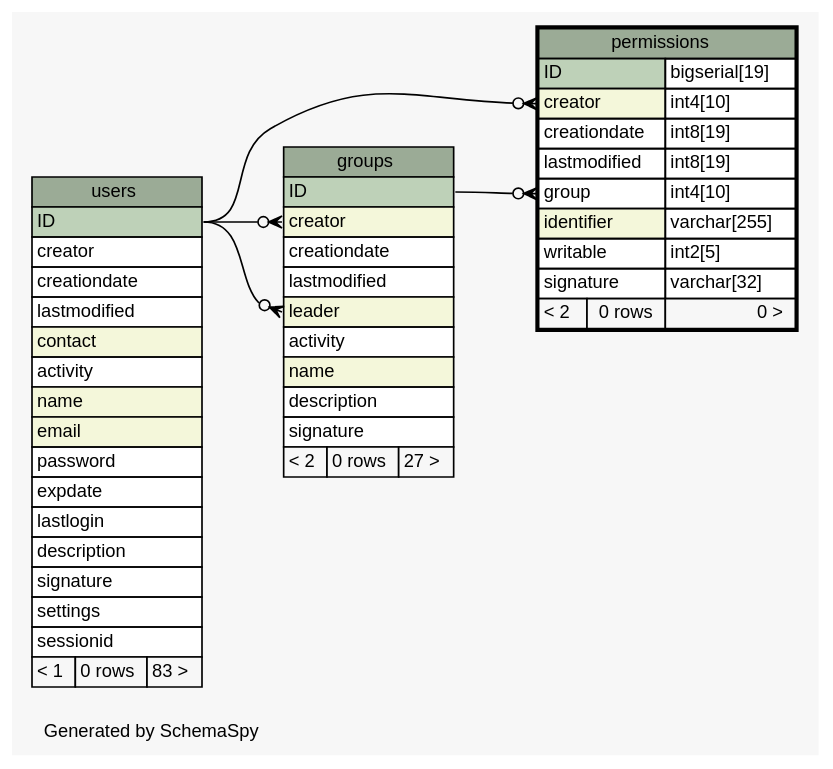
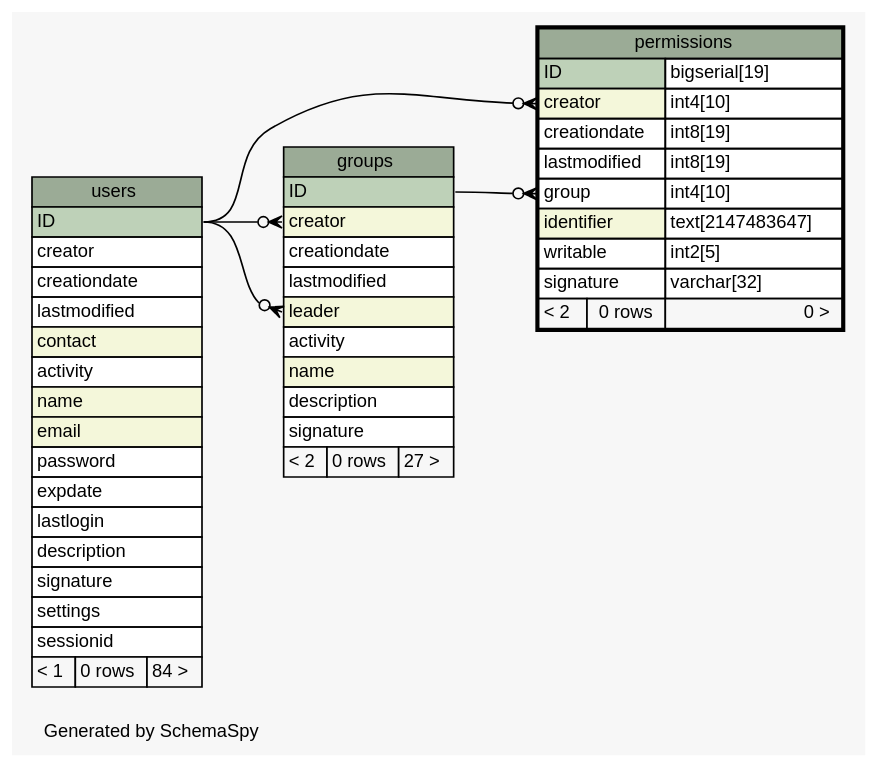
One commit to zeyosinc/zeyos-schema changed the diagram in diagrams/permissions.1degree.dot. Above: the diagram before and after it, drawn with Graphviz. The commit also changed 291 other files, not shown here.

```diff
--- a/diagrams/permissions.1degree.dot
+++ b/diagrams/permissions.1degree.dot
@@ -1,85 +1,85 @@
 // dot 2.38.0 on Windows 8.1 6.3
 // SchemaSpy rev 590
 digraph "oneDegreeRelationshipsDiagram" {
   graph [
     rankdir="RL"
     bgcolor="#f7f7f7"
     label="\nGenerated by SchemaSpy"
     labeljust="l"
     nodesep="0.18"
     ranksep="0.46"
     fontname="Helvetica"
     fontsize="11"
   ];
   node [
     fontname="Helvetica"
     fontsize="11"
     shape="plaintext"
   ];
   edge [
     arrowsize="0.8"
   ];
   "groups":"creator":w -> "users":"ID":e [arrowhead=none dir=back arrowtail=crowodot];
   "groups":"leader":w -> "users":"ID":e [arrowhead=none dir=back arrowtail=crowodot];
   "permissions":"creator":w -> "users":"ID":e [arrowhead=none dir=back arrowtail=crowodot];
   "permissions":"group":w -> "groups":"ID":e [arrowhead=none dir=back arrowtail=crowodot];
   "groups" [
     label=<
     <TABLE BORDER="0" CELLBORDER="1" CELLSPACING="0" BGCOLOR="#ffffff">
       <TR><TD COLSPAN="3" BGCOLOR="#9bab96" ALIGN="CENTER">groups</TD></TR>
       <TR><TD PORT="ID" COLSPAN="3" BGCOLOR="#bed1b8" ALIGN="LEFT">ID</TD></TR>
       <TR><TD PORT="creator" COLSPAN="3" BGCOLOR="#f4f7da" ALIGN="LEFT">creator</TD></TR>
       <TR><TD PORT="creationdate" COLSPAN="3" ALIGN="LEFT">creationdate</TD></TR>
       <TR><TD PORT="lastmodified" COLSPAN="3" ALIGN="LEFT">lastmodified</TD></TR>
       <TR><TD PORT="leader" COLSPAN="3" BGCOLOR="#f4f7da" ALIGN="LEFT">leader</TD></TR>
       <TR><TD PORT="activity" COLSPAN="3" ALIGN="LEFT">activity</TD></TR>
       <TR><TD PORT="name" COLSPAN="3" BGCOLOR="#f4f7da" ALIGN="LEFT">name</TD></TR>
       <TR><TD PORT="description" COLSPAN="3" ALIGN="LEFT">description</TD></TR>
       <TR><TD PORT="signature" COLSPAN="3" ALIGN="LEFT">signature</TD></TR>
       <TR><TD ALIGN="LEFT" BGCOLOR="#f7f7f7">&lt; 2</TD><TD ALIGN="RIGHT" BGCOLOR="#f7f7f7">0 rows</TD><TD ALIGN="RIGHT" BGCOLOR="#f7f7f7">27 &gt;</TD></TR>
     </TABLE>>
     URL="groups.html"
     tooltip="groups"
   ];
   "permissions" [
     label=<
     <TABLE BORDER="2" CELLBORDER="1" CELLSPACING="0" BGCOLOR="#ffffff">
       <TR><TD COLSPAN="3" BGCOLOR="#9bab96" ALIGN="CENTER">permissions</TD></TR>
       <TR><TD PORT="ID" COLSPAN="2" BGCOLOR="#bed1b8" ALIGN="LEFT">ID</TD><TD PORT="ID.type" ALIGN="LEFT">bigserial[19]</TD></TR>
       <TR><TD PORT="creator" COLSPAN="2" BGCOLOR="#f4f7da" ALIGN="LEFT">creator</TD><TD PORT="creator.type" ALIGN="LEFT">int4[10]</TD></TR>
       <TR><TD PORT="creationdate" COLSPAN="2" ALIGN="LEFT">creationdate</TD><TD PORT="creationdate.type" ALIGN="LEFT">int8[19]</TD></TR>
       <TR><TD PORT="lastmodified" COLSPAN="2" ALIGN="LEFT">lastmodified</TD><TD PORT="lastmodified.type" ALIGN="LEFT">int8[19]</TD></TR>
       <TR><TD PORT="group" COLSPAN="2" ALIGN="LEFT">group</TD><TD PORT="group.type" ALIGN="LEFT">int4[10]</TD></TR>
-      <TR><TD PORT="identifier" COLSPAN="2" BGCOLOR="#f4f7da" ALIGN="LEFT">identifier</TD><TD PORT="identifier.type" ALIGN="LEFT">varchar[255]</TD></TR>
+      <TR><TD PORT="identifier" COLSPAN="2" BGCOLOR="#f4f7da" ALIGN="LEFT">identifier</TD><TD PORT="identifier.type" ALIGN="LEFT">text[2147483647]</TD></TR>
       <TR><TD PORT="writable" COLSPAN="2" ALIGN="LEFT">writable</TD><TD PORT="writable.type" ALIGN="LEFT">int2[5]</TD></TR>
       <TR><TD PORT="signature" COLSPAN="2" ALIGN="LEFT">signature</TD><TD PORT="signature.type" ALIGN="LEFT">varchar[32]</TD></TR>
       <TR><TD ALIGN="LEFT" BGCOLOR="#f7f7f7">&lt; 2</TD><TD ALIGN="RIGHT" BGCOLOR="#f7f7f7">0 rows</TD><TD ALIGN="RIGHT" BGCOLOR="#f7f7f7">0 &gt;</TD></TR>
     </TABLE>>
     URL="permissions.html"
     tooltip="permissions"
   ];
   "users" [
     label=<
     <TABLE BORDER="0" CELLBORDER="1" CELLSPACING="0" BGCOLOR="#ffffff">
       <TR><TD COLSPAN="3" BGCOLOR="#9bab96" ALIGN="CENTER">users</TD></TR>
       <TR><TD PORT="ID" COLSPAN="3" BGCOLOR="#bed1b8" ALIGN="LEFT">ID</TD></TR>
       <TR><TD PORT="creator" COLSPAN="3" ALIGN="LEFT">creator</TD></TR>
       <TR><TD PORT="creationdate" COLSPAN="3" ALIGN="LEFT">creationdate</TD></TR>
       <TR><TD PORT="lastmodified" COLSPAN="3" ALIGN="LEFT">lastmodified</TD></TR>
       <TR><TD PORT="contact" COLSPAN="3" BGCOLOR="#f4f7da" ALIGN="LEFT">contact</TD></TR>
       <TR><TD PORT="activity" COLSPAN="3" ALIGN="LEFT">activity</TD></TR>
       <TR><TD PORT="name" COLSPAN="3" BGCOLOR="#f4f7da" ALIGN="LEFT">name</TD></TR>
       <TR><TD PORT="email" COLSPAN="3" BGCOLOR="#f4f7da" ALIGN="LEFT">email</TD></TR>
       <TR><TD PORT="password" COLSPAN="3" ALIGN="LEFT">password</TD></TR>
       <TR><TD PORT="expdate" COLSPAN="3" ALIGN="LEFT">expdate</TD></TR>
       <TR><TD PORT="lastlogin" COLSPAN="3" ALIGN="LEFT">lastlogin</TD></TR>
       <TR><TD PORT="description" COLSPAN="3" ALIGN="LEFT">description</TD></TR>
       <TR><TD PORT="signature" COLSPAN="3" ALIGN="LEFT">signature</TD></TR>
       <TR><TD PORT="settings" COLSPAN="3" ALIGN="LEFT">settings</TD></TR>
       <TR><TD PORT="sessionid" COLSPAN="3" ALIGN="LEFT">sessionid</TD></TR>
-      <TR><TD ALIGN="LEFT" BGCOLOR="#f7f7f7">&lt; 1</TD><TD ALIGN="RIGHT" BGCOLOR="#f7f7f7">0 rows</TD><TD ALIGN="RIGHT" BGCOLOR="#f7f7f7">83 &gt;</TD></TR>
+      <TR><TD ALIGN="LEFT" BGCOLOR="#f7f7f7">&lt; 1</TD><TD ALIGN="RIGHT" BGCOLOR="#f7f7f7">0 rows</TD><TD ALIGN="RIGHT" BGCOLOR="#f7f7f7">84 &gt;</TD></TR>
     </TABLE>>
     URL="users.html"
     tooltip="users"
   ];
 }
```
